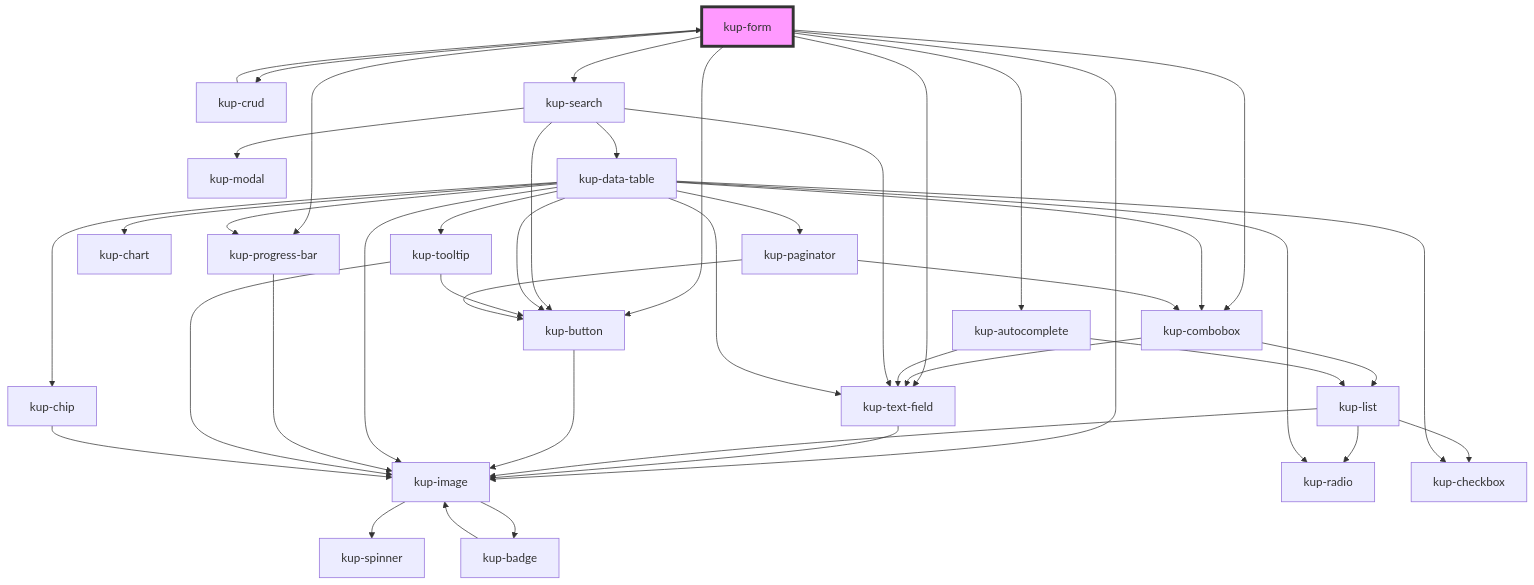
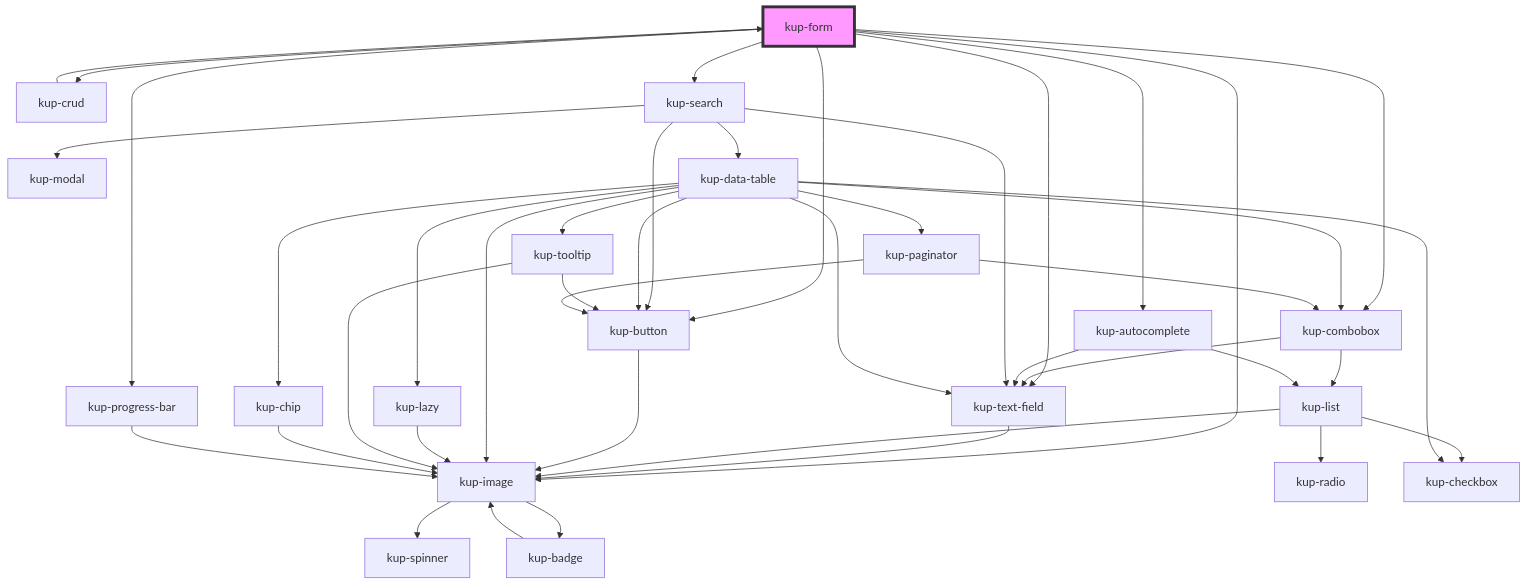
The diagram in packages/ketchup/src/components/kup-form/readme.md (smeup/ketchup), drawn with Mermaid before and after one commit. The commit also changed 9 other files, not shown here.

````diff
--- a/packages/ketchup/src/components/kup-form/readme.md
+++ b/packages/ketchup/src/components/kup-form/readme.md
@@ -131,46 +131,45 @@
 ```mermaid
 graph TD;
   kup-form --> kup-combobox
   kup-form --> kup-crud
   kup-form --> kup-autocomplete
   kup-form --> kup-search
   kup-form --> kup-image
   kup-form --> kup-progress-bar
   kup-form --> kup-text-field
   kup-form --> kup-button
   kup-combobox --> kup-text-field
   kup-combobox --> kup-list
   kup-text-field --> kup-image
   kup-image --> kup-spinner
   kup-image --> kup-badge
   kup-badge --> kup-image
   kup-list --> kup-image
   kup-list --> kup-radio
   kup-list --> kup-checkbox
   kup-crud --> kup-form
   kup-button --> kup-image
   kup-autocomplete --> kup-text-field
   kup-autocomplete --> kup-list
   kup-search --> kup-text-field
   kup-search --> kup-button
   kup-search --> kup-modal
   kup-search --> kup-data-table
   kup-data-table --> kup-checkbox
   kup-data-table --> kup-button
   kup-data-table --> kup-image
   kup-data-table --> kup-text-field
-  kup-data-table --> kup-chart
-  kup-data-table --> kup-progress-bar
-  kup-data-table --> kup-radio
+  kup-data-table --> kup-lazy
   kup-data-table --> kup-tooltip
   kup-data-table --> kup-paginator
   kup-data-table --> kup-combobox
   kup-data-table --> kup-chip
-  kup-progress-bar --> kup-image
+  kup-lazy --> kup-image
   kup-tooltip --> kup-button
   kup-tooltip --> kup-image
   kup-paginator --> kup-button
   kup-paginator --> kup-combobox
   kup-chip --> kup-image
+  kup-progress-bar --> kup-image
   style kup-form fill:#f9f,stroke:#333,stroke-width:4px
 ```
````
